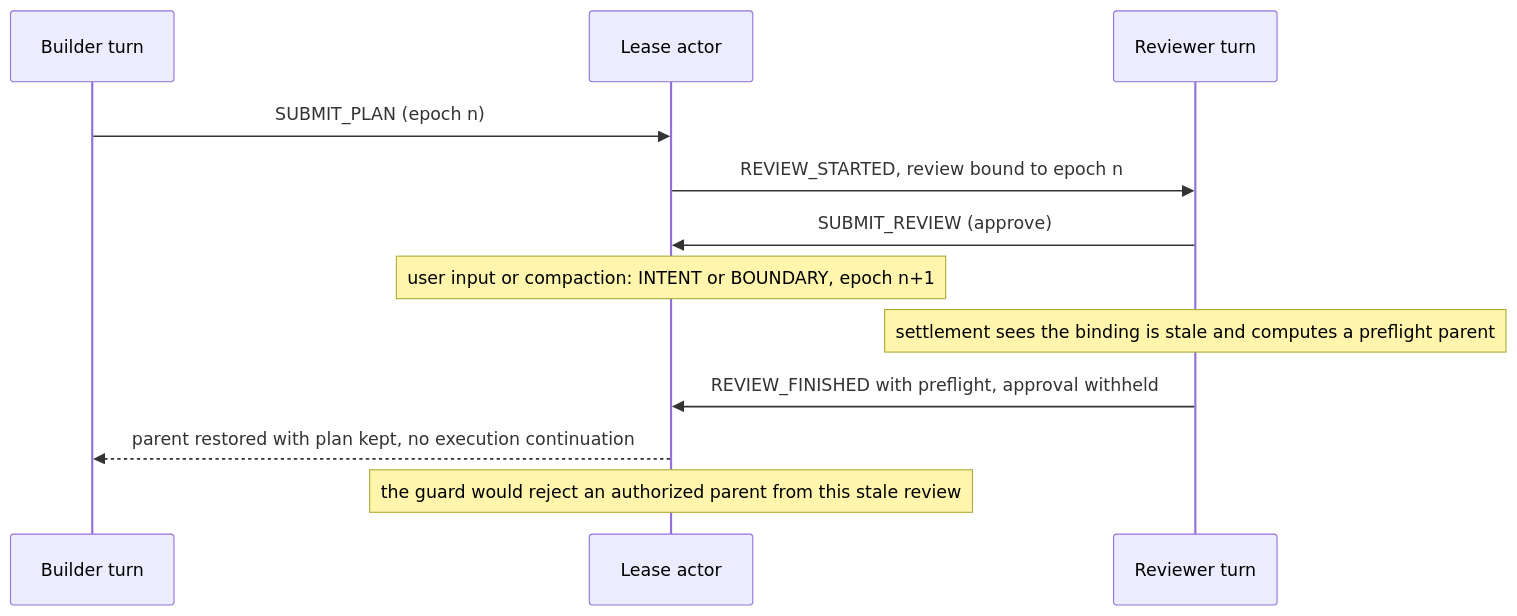
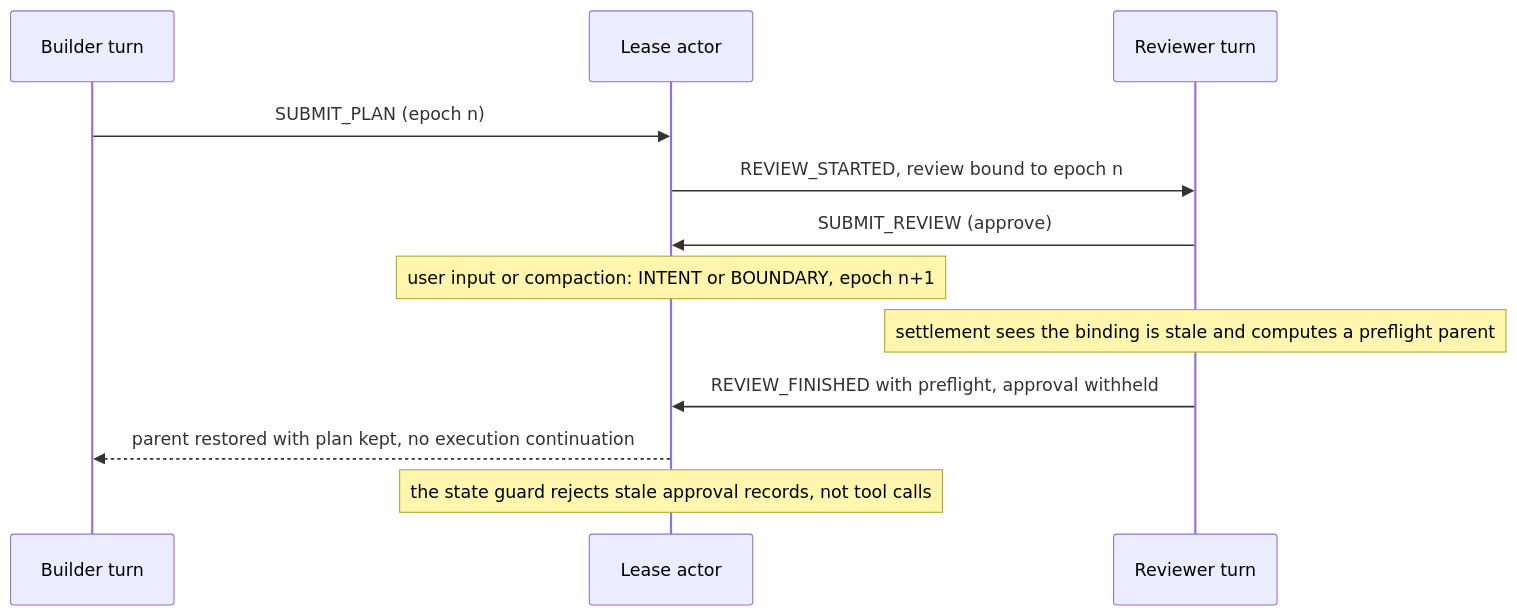
The fourth of 5 diagrams in extensions/router/README.md (nigel-upstart/pi-buildout), drawn with Mermaid before and after one commit. The commit also changed other lines of this file and 14 other files, not shown here.

````diff
--- a/extensions/router/README.md
+++ b/extensions/router/README.md
@@ -478,14 +495,14 @@
 ```mermaid
 sequenceDiagram
   participant Builder as Builder turn
   participant Lease as Lease actor
   participant Reviewer as Reviewer turn
   Builder->>Lease: SUBMIT_PLAN (epoch n)
   Lease->>Reviewer: REVIEW_STARTED, review bound to epoch n
   Reviewer->>Lease: SUBMIT_REVIEW (approve)
   Note over Lease: user input or compaction: INTENT or BOUNDARY, epoch n+1
   Note over Reviewer: settlement sees the binding is stale and computes a preflight parent
   Reviewer->>Lease: REVIEW_FINISHED with preflight, approval withheld
   Lease-->>Builder: parent restored with plan kept, no execution continuation
-  Note over Lease: the guard would reject an authorized parent from this stale review
+  Note over Lease: the state guard rejects stale approval records, not tool calls
 ```
````
